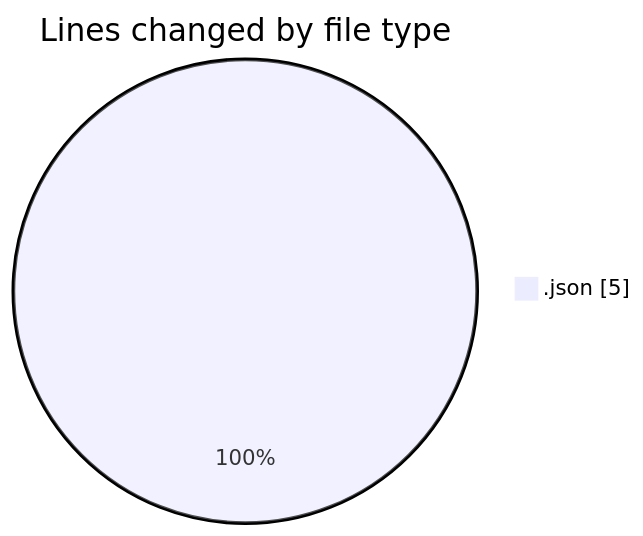
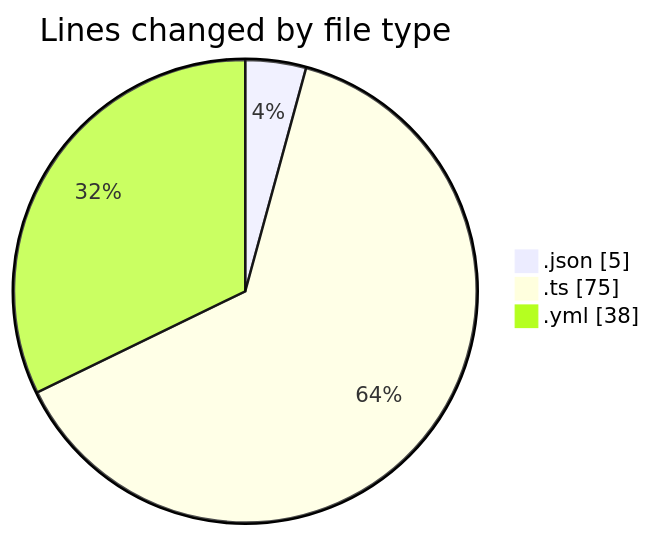
The first of 2 diagrams in 2025-11-25/eventscop-frontend-guide__workspace_/README.md (julien-gomy/code-tracking), drawn with Mermaid before and after one commit. The commit also changed other lines of this file and 1 other file, not shown here.

````diff
--- a/2025-11-25/eventscop-frontend-guide__workspace_/README.md
+++ b/2025-11-25/eventscop-frontend-guide__workspace_/README.md
@@ -20,5 +22,7 @@
 ```mermaid
 pie showData
 title Lines changed by file type
 ".json" : 5
+".ts" : 75
+".yml" : 38
 ```
````
